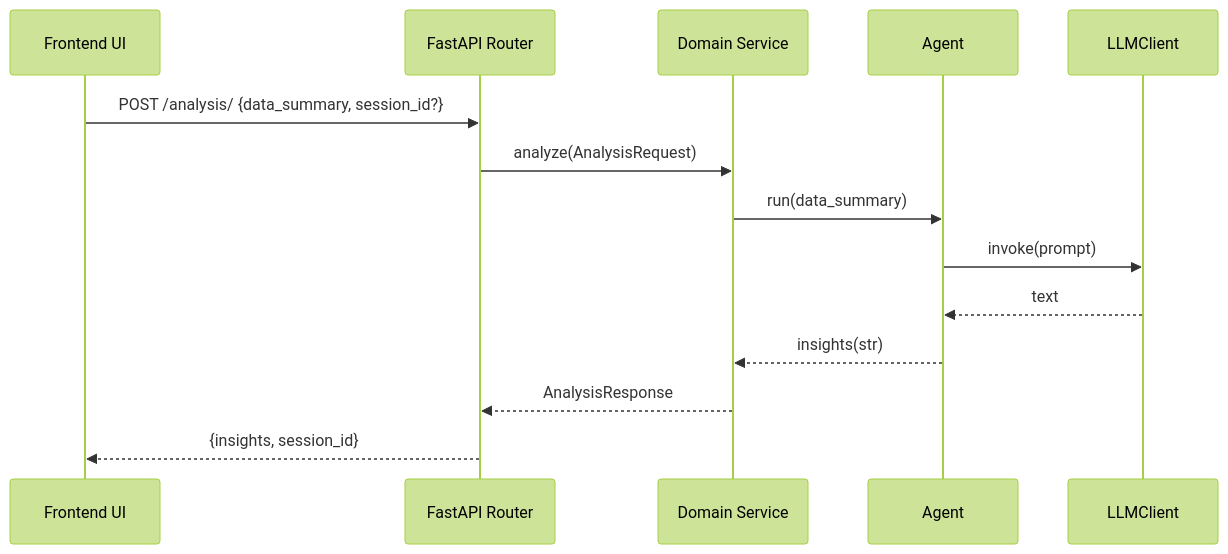
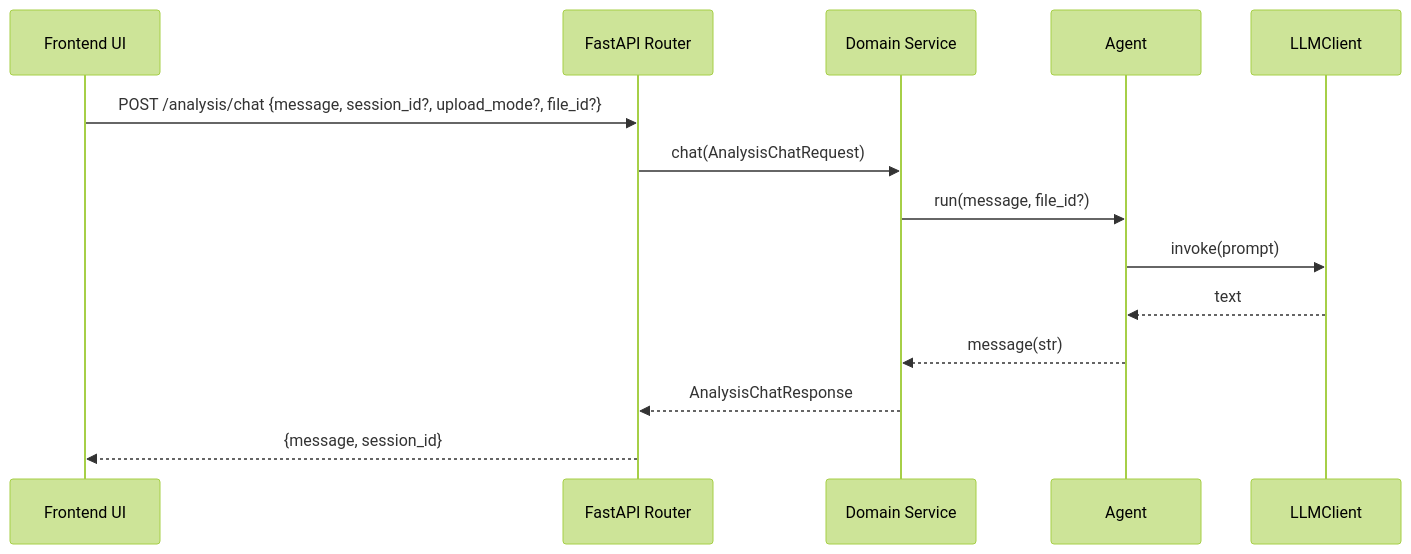
The second of 3 diagrams in docs/example-data-flow.md (genilab/sensible-forms), drawn with Mermaid (forest theme) before and after one commit. The commit also changed other lines of this file and 34 other files, not shown here.

````diff
--- a/docs/example-data-flow.md
+++ b/docs/example-data-flow.md
@@ -85,17 +89,17 @@
 ```mermaid
 sequenceDiagram
   participant UI as Frontend UI
   participant API as FastAPI Router
   participant SVC as Domain Service
   participant AG as Agent
   participant LLM as LLMClient
 
-  UI->>API: POST /analysis/ {data_summary, session_id?}
-  API->>SVC: analyze(AnalysisRequest)
-  SVC->>AG: run(data_summary)
+  UI->>API: POST /analysis/chat {message, session_id?, upload_mode?, file_id?}
+  API->>SVC: chat(AnalysisChatRequest)
+  SVC->>AG: run(message, file_id?)
   AG->>LLM: invoke(prompt)
   LLM-->>AG: text
-  AG-->>SVC: insights(str)
-  SVC-->>API: AnalysisResponse
-  API-->>UI: {insights, session_id}
+  AG-->>SVC: message(str)
+  SVC-->>API: AnalysisChatResponse
+  API-->>UI: {message, session_id}
 ```
````
